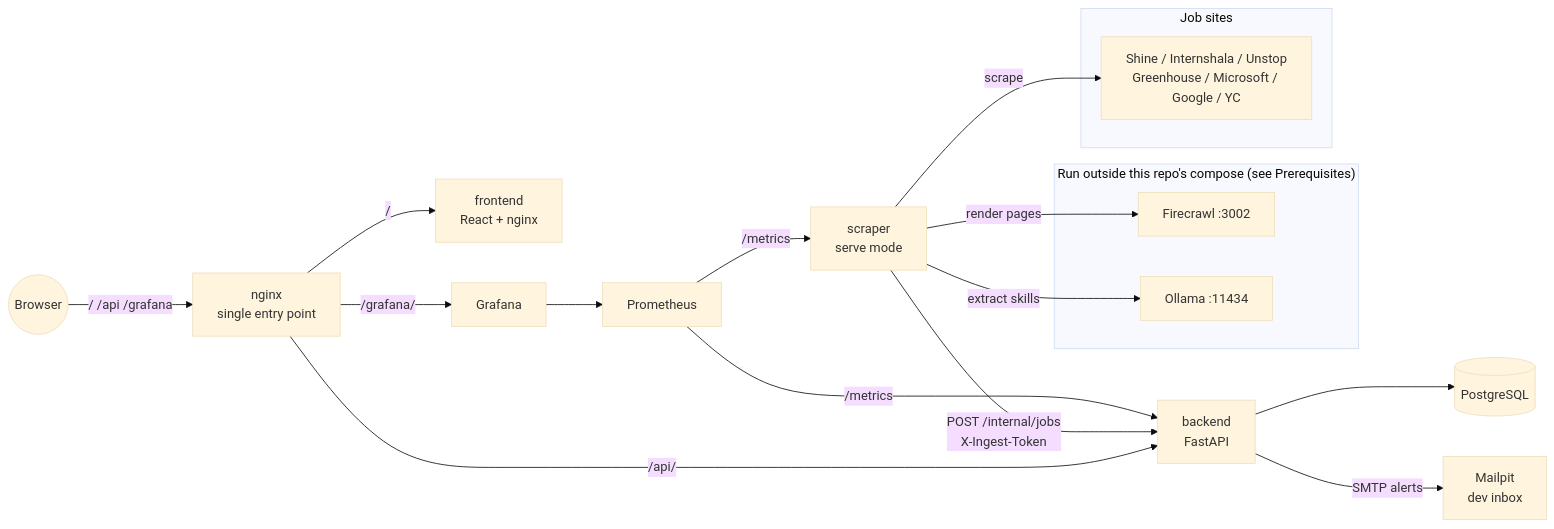
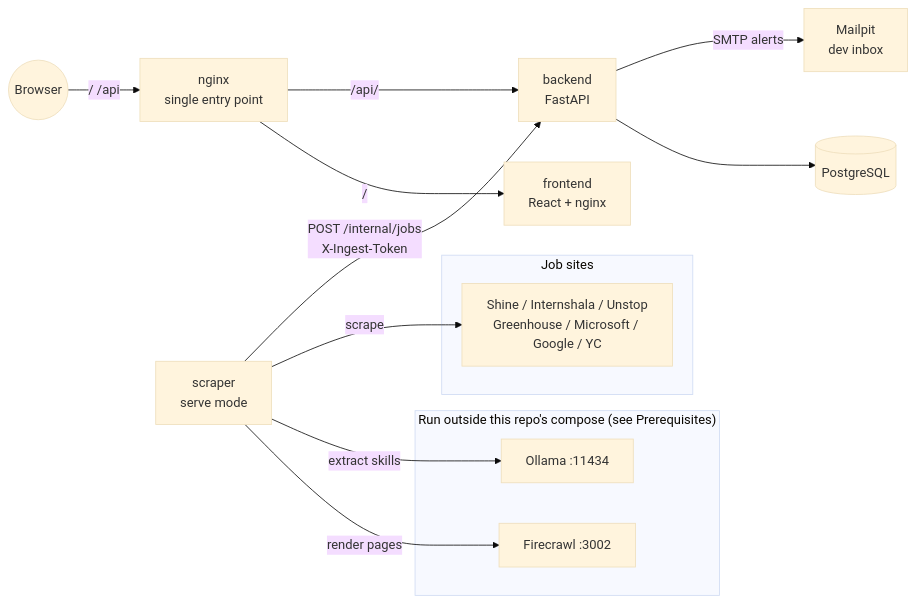
One commit to Haarish-Ahmad/Job-Aggregator-Platform changed the diagram in README.md. Above: the diagram before and after it, drawn with Mermaid (base theme). The commit also changed other lines of this file and 18 other files, not shown here.

````diff
--- a/README.md
+++ b/README.md
@@ -28,23 +24,19 @@
 ```mermaid
 flowchart LR
   subgraph External["Run outside this repo's compose (see Prerequisites)"]
     FC[Firecrawl :3002]
     OL[Ollama :11434]
   end
   subgraph Sites["Job sites"]
     S1[Shine / Internshala / Unstop<br/>Greenhouse / Microsoft / Google / YC]
   end
-  Browser((Browser)) -->|"/  /api  /grafana"| NGX[nginx<br/>single entry point]
+  Browser((Browser)) -->|"/  /api"| NGX[nginx<br/>single entry point]
   NGX -->|/| FE[frontend<br/>React + nginx]
   NGX -->|/api/| BE[backend<br/>FastAPI]
-  NGX -->|/grafana/| GF[Grafana]
   SC[scraper<br/>serve mode] -->|render pages| FC
   SC -->|extract skills| OL
   SC -->|scrape| S1
   SC -->|"POST /internal/jobs<br/>X-Ingest-Token"| BE
   BE --> DB[(PostgreSQL)]
   BE -->|SMTP alerts| MP[Mailpit<br/>dev inbox]
-  PR[Prometheus] -->|/metrics| BE
-  PR -->|/metrics| SC
-  GF --> PR
 ```
````
